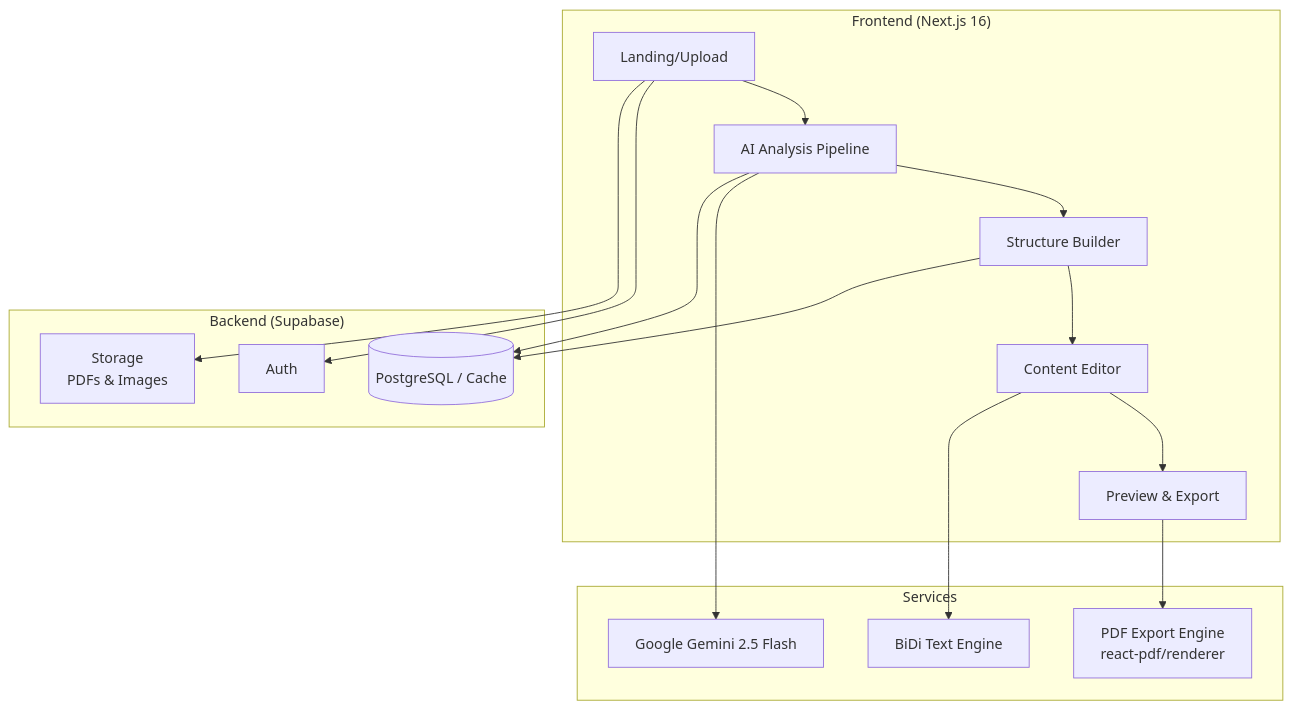
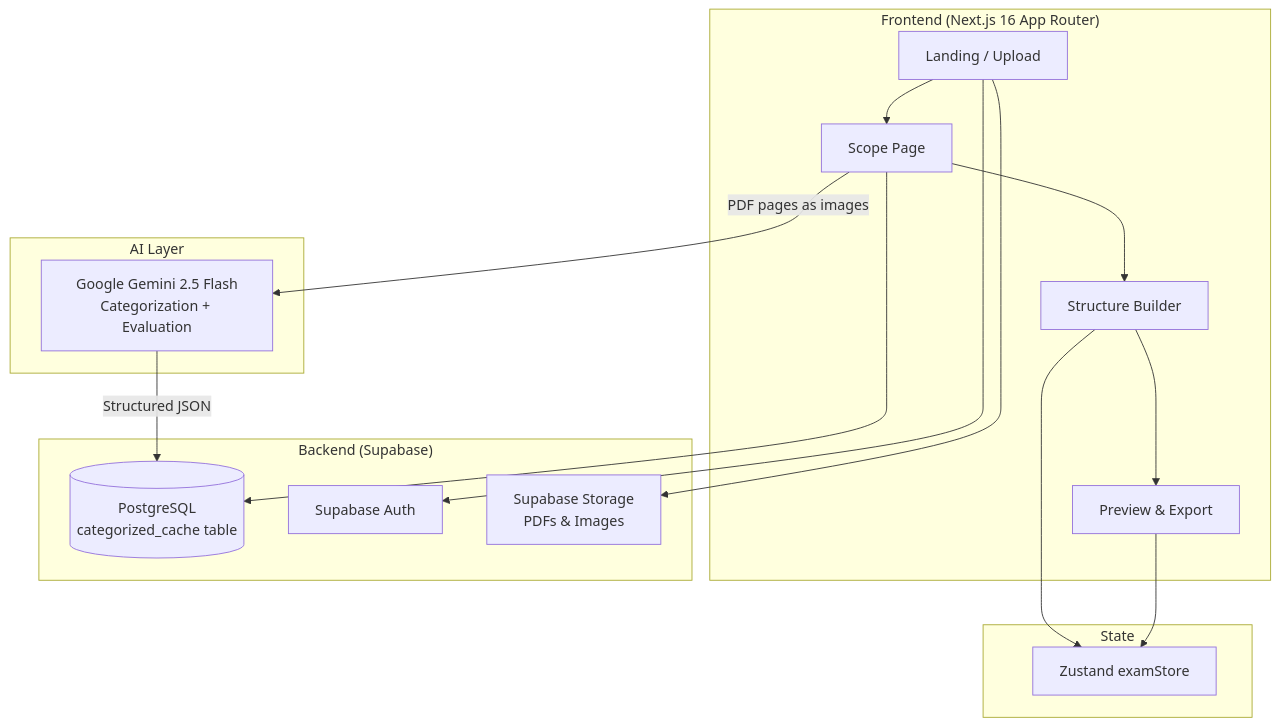
The diagram in product_documentation.md (itsm0000/AKONY), drawn with Mermaid before and after one commit. The commit also changed other lines of this file and 9 other files, not shown here.

````diff
--- a/product_documentation.md
+++ b/product_documentation.md
@@ -29,29 +36,30 @@
 ```mermaid
 graph TB
-    subgraph "Frontend (Next.js 16)"
-        A[Landing/Upload] --> B[AI Analysis Pipeline]
+    subgraph "Frontend (Next.js 16 App Router)"
+        A[Landing / Upload] --> B[Scope Page]
         B --> C[Structure Builder]
-        C --> E[Content Editor]
-        E --> F[Preview & Export]
+        C --> D[Preview & Export]
     end
 
-    subgraph "Services"
-        G[Google Gemini 2.5 Flash]
-        H[BiDi Text Engine]
-        I[PDF Export Engine<br/>react-pdf/renderer]
+    subgraph "AI Layer"
+        G[Google Gemini 2.5 Flash<br/>Categorization + Evaluation]
     end
 
     subgraph "Backend (Supabase)"
-        J[(PostgreSQL / Cache)]
-        K[Auth]
-        L[Storage<br/>PDFs & Images]
+        J[(PostgreSQL<br/>categorized_cache table)]
+        K[Supabase Auth]
+        L[Supabase Storage<br/>PDFs & Images]
     end
 
-    B --> G
-    E --> H
-    F --> I
-    C --> J
+    subgraph "State"
+        Z[Zustand examStore]
+    end
+
+    B -- "PDF pages as images" --> G
+    G -- "Structured JSON" --> J
     B --> J
+    C --> Z
+    D --> Z
     A --> K
     A --> L
 ```
````
